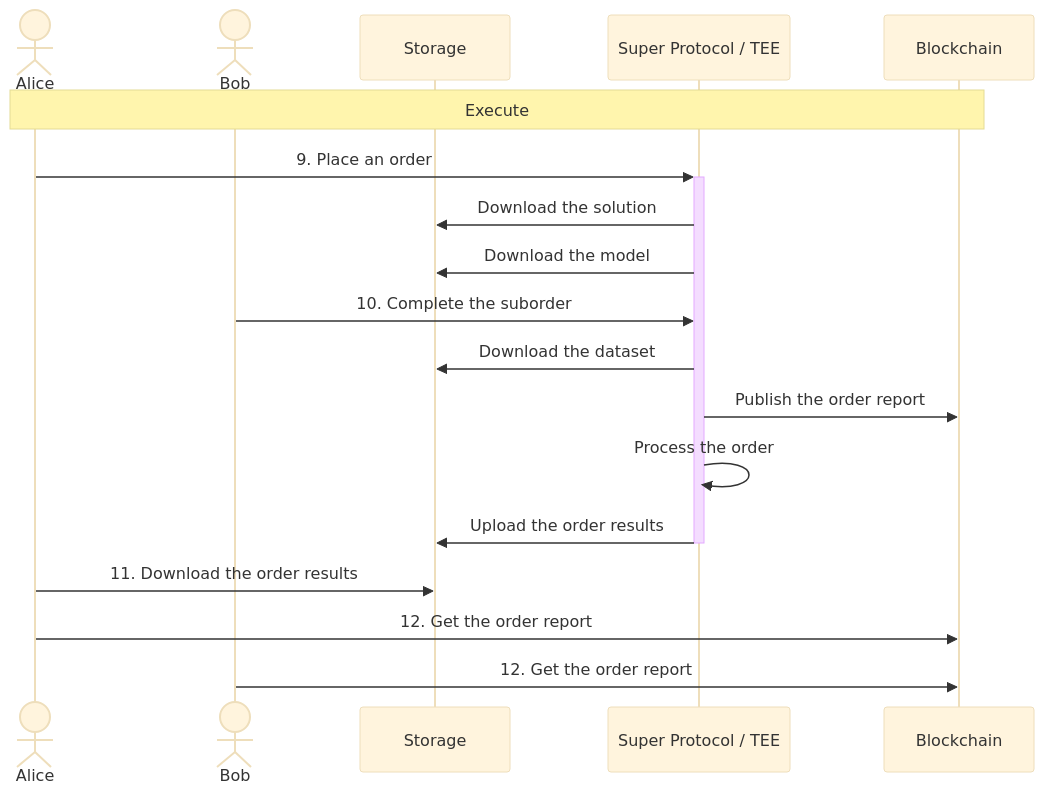
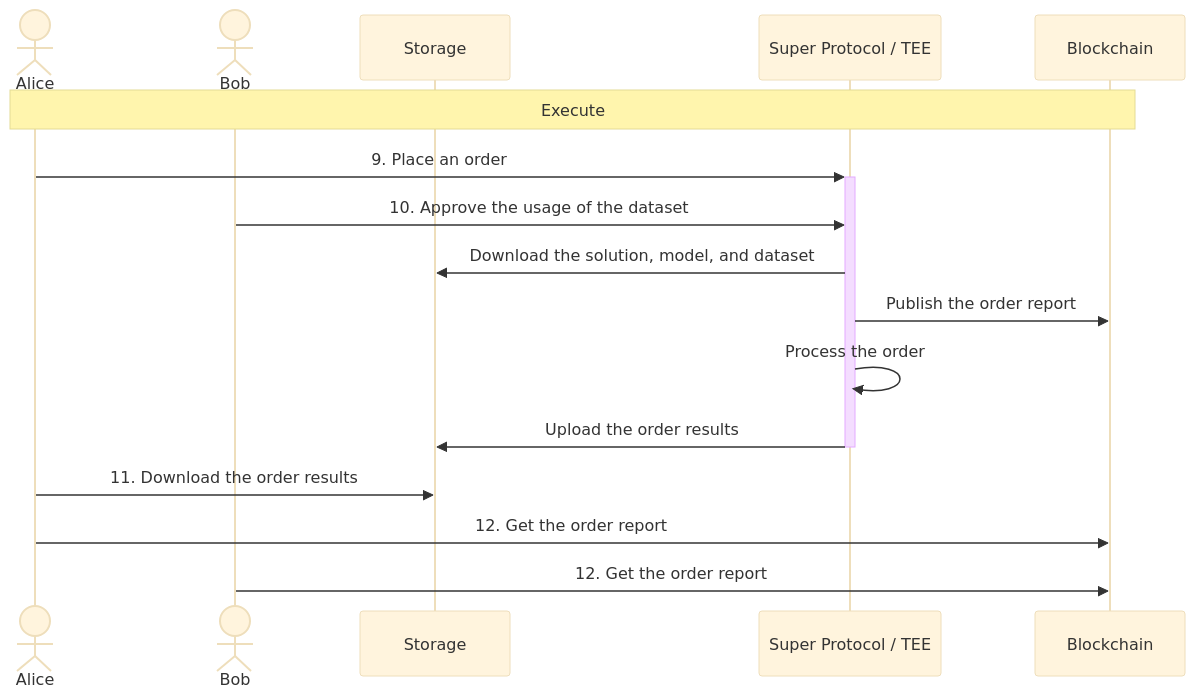
Before and after one commit to Super-Protocol/docs: the third of 3 diagrams in docs/cli/Guides/confidential-fine-tuning.md, drawn with Mermaid (base theme). The commit also changed other lines of this file and 1 other file, not shown here.

````diff
--- a/docs/cli/Guides/confidential-fine-tuning.md
+++ b/docs/cli/Guides/confidential-fine-tuning.md
@@ -73,22 +73,20 @@
 ```mermaid
 sequenceDiagram
     actor Alice
     actor Bob
     participant Storage
     participant Super Protocol / TEE
     participant Blockchain
 
     note over Alice,Blockchain: Execute
 
     Alice ->>+ Super Protocol / TEE: 9. Place an order
-    Super Protocol / TEE ->> Storage: Download the solution
-    Super Protocol / TEE ->> Storage: Download the model
-    Bob ->> Super Protocol / TEE: 10. Complete the suborder
-    Super Protocol / TEE ->> Storage: Download the dataset
+    Bob ->> Super Protocol / TEE: 10. Approve the usage of the dataset
+    Super Protocol / TEE ->> Storage: Download the solution, model, and dataset
     Super Protocol / TEE ->> Blockchain: Publish the order report
     Super Protocol / TEE ->> Super Protocol / TEE: Process the order
     Super Protocol / TEE ->>- Storage: Upload the order results
     Alice ->> Storage: 11. Download the order results
     Alice ->> Blockchain: 12. Get the order report
     Bob ->> Blockchain: 12. Get the order report
 ```
````
